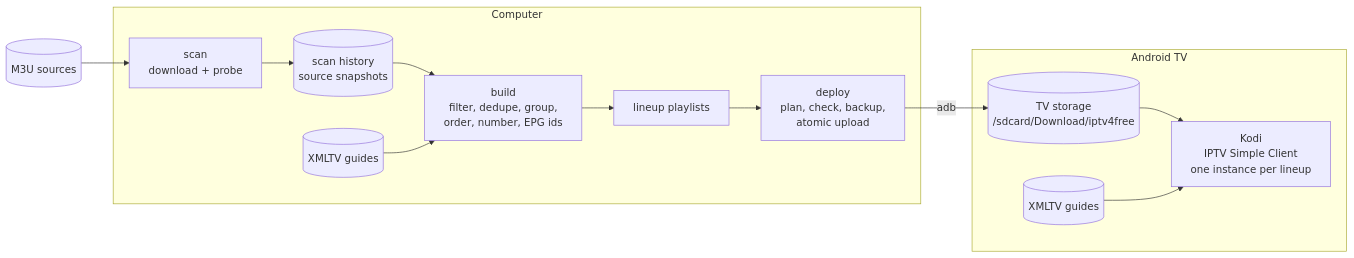
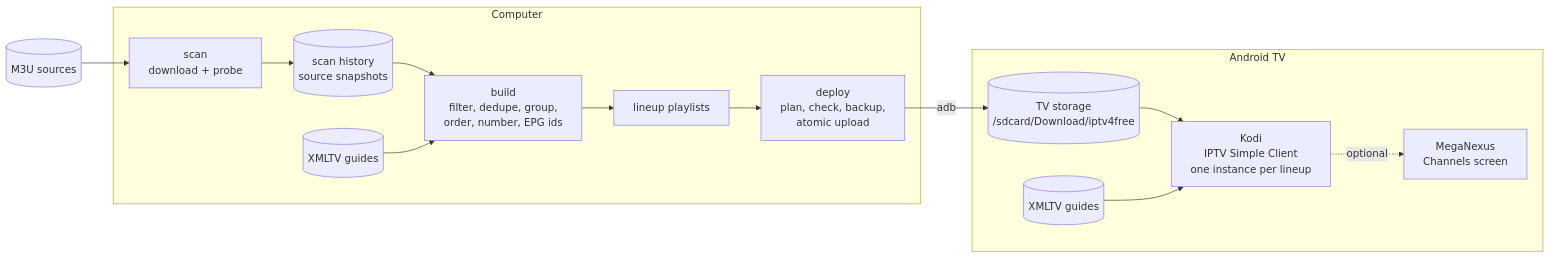
Before and after one commit to searadacunha/STREAMING4FREE-TV: the diagram in README.md, drawn with Mermaid. The commit also changed other lines of this file and 5 other files, not shown here.

````diff
--- a/README.md
+++ b/README.md
@@ -84,16 +88,17 @@
 ```mermaid
 flowchart LR
     S[(M3U sources)] --> SCAN
     subgraph Computer
         SCAN[scan<br/>download + probe] --> H[(scan history<br/>source snapshots)]
         H --> BUILD[build<br/>filter, dedupe, group,<br/>order, number, EPG ids]
         E[(XMLTV guides)] --> BUILD
         BUILD --> P[lineup playlists]
         P --> DEPLOY[deploy<br/>plan, check, backup,<br/>atomic upload]
     end
     DEPLOY -- adb --> F[(TV storage<br/>/sdcard/Download/iptv4free)]
     subgraph Android TV
         F --> K[Kodi<br/>IPTV Simple Client<br/>one instance per lineup]
         E2[(XMLTV guides)] --> K
+        K -. optional .-> M[MegaNexus<br/>Channels screen]
     end
 ```
````
